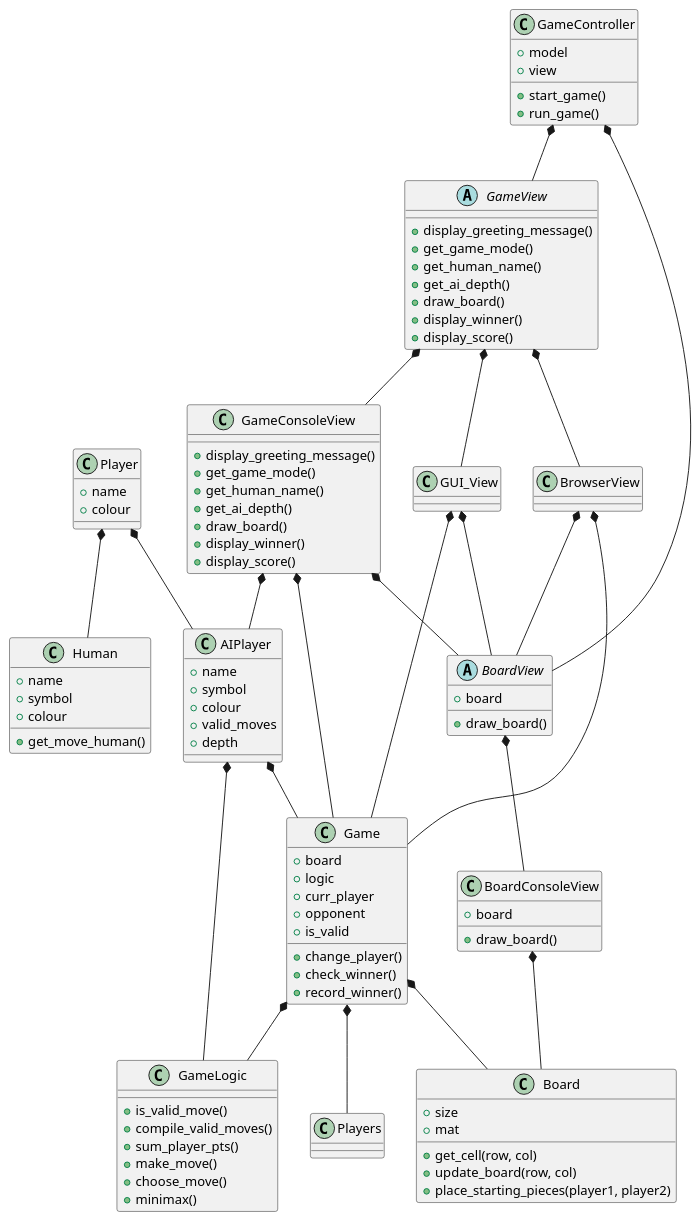
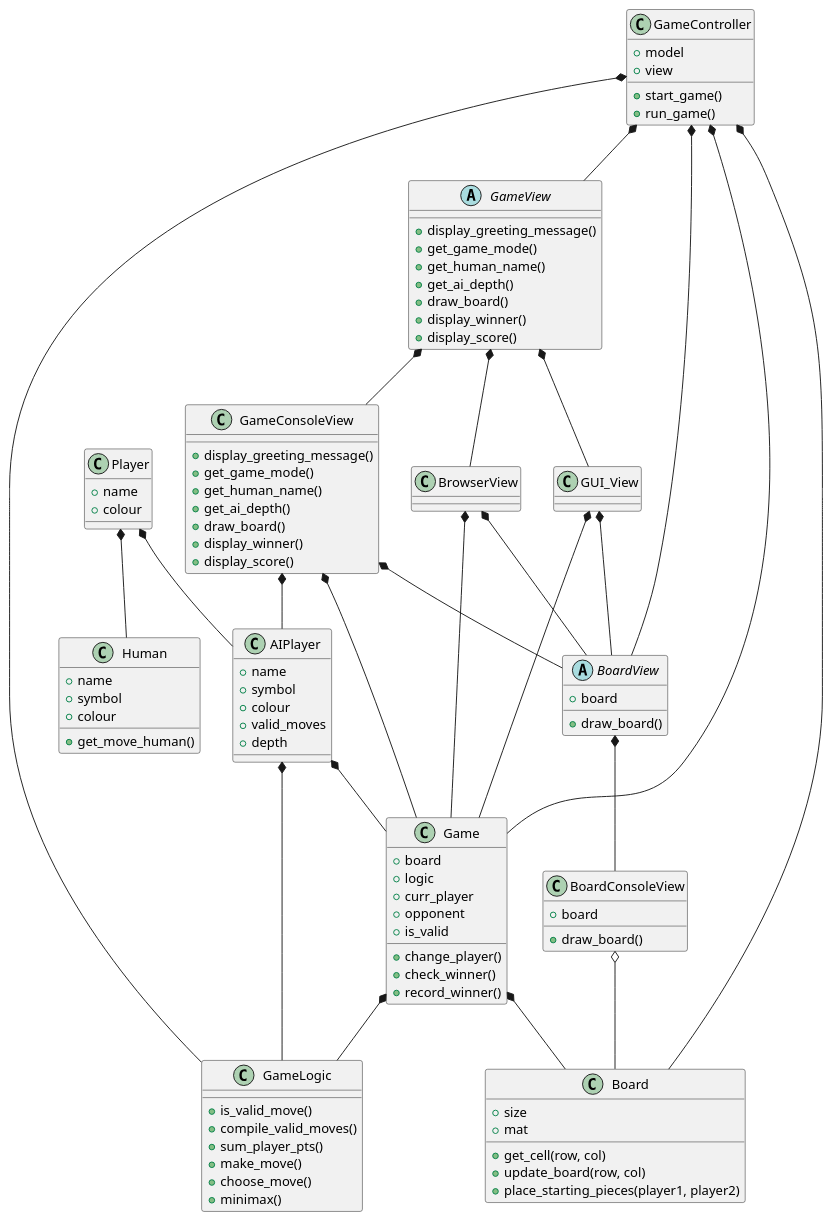
Before and after one commit to asherbillinkoff/reversi: the diagram in reversi.puml, drawn with PlantUML. The commit also changed 4 other files, not shown here.

```diff
--- a/reversi.puml
+++ b/reversi.puml
@@ -1,114 +1,116 @@
 @startuml Reversi Class Diagram
 
 Player *-- Human
 Player *-- AIPlayer
 AIPlayer *-- Game
 AIPlayer *-- GameLogic
-Game *-- Players
 Game *-- Board
 Game *-- GameLogic
 GameConsoleView *-- Game
 GameConsoleView *-- AIPlayer
-BoardConsoleView *-- Board
+BoardConsoleView o-- Board
 BoardView *-- BoardConsoleView
 GameConsoleView *-- BoardView
 GUI_View *-- Game
 GUI_View *-- BoardView
 BrowserView *-- BoardView
 BrowserView *-- Game
 GameView *-- GameConsoleView
 GameView *-- GUI_View
-GameView *-- BrowserView    
+GameView *-- BrowserView
+GameController *-- GameLogic
+GameController *-- Game    
+GameController *-- Board
 GameController *-- BoardView
 GameController *-- GameView
 
 class Human {
     + name 
     + symbol
     + colour
     + get_move_human()
 }
 
 class AIPlayer {
     + name 
     + symbol
     + colour
     + valid_moves
     + depth
 }
 
 class Player {
     + name
     + colour
 }
 
 class Board {
     + size
     + mat
     + get_cell(row, col)
     + update_board(row, col)
     + place_starting_pieces(player1, player2)
 }
 
 class Game {
     + board
     + logic
     + curr_player
     + opponent
     + is_valid
     + change_player()
     + check_winner()
     + record_winner()
 }
 
 class GameLogic {
     + is_valid_move()
     + compile_valid_moves()
     + sum_player_pts()
     + make_move()
     + choose_move()
     + minimax()
 }
 
 abstract class GameView {
     + display_greeting_message()
     + get_game_mode()
     + get_human_name()
     + get_ai_depth()
     + draw_board()
     + display_winner()
     + display_score()
 }
 
 class GameConsoleView {
     + display_greeting_message()
     + get_game_mode()
     + get_human_name()
     + get_ai_depth()
     + draw_board()
     + display_winner()
     + display_score()
 }
 
 abstract class BoardView {
     + board
     + draw_board()
 }
 
 class BoardConsoleView {
     + board
     + draw_board()
 }
 
 class GUI_View {}
 
 class BrowserView {}
 
 class GameController {
     + model
     + view
     + start_game()
     + run_game()
 }
 
 @enduml
```
